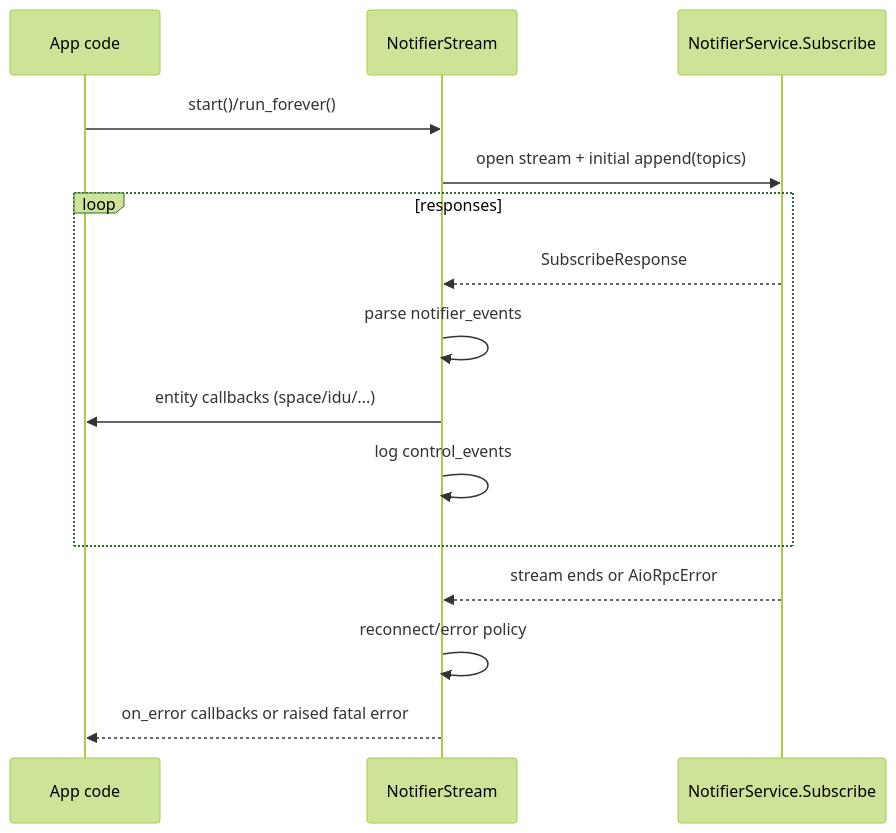
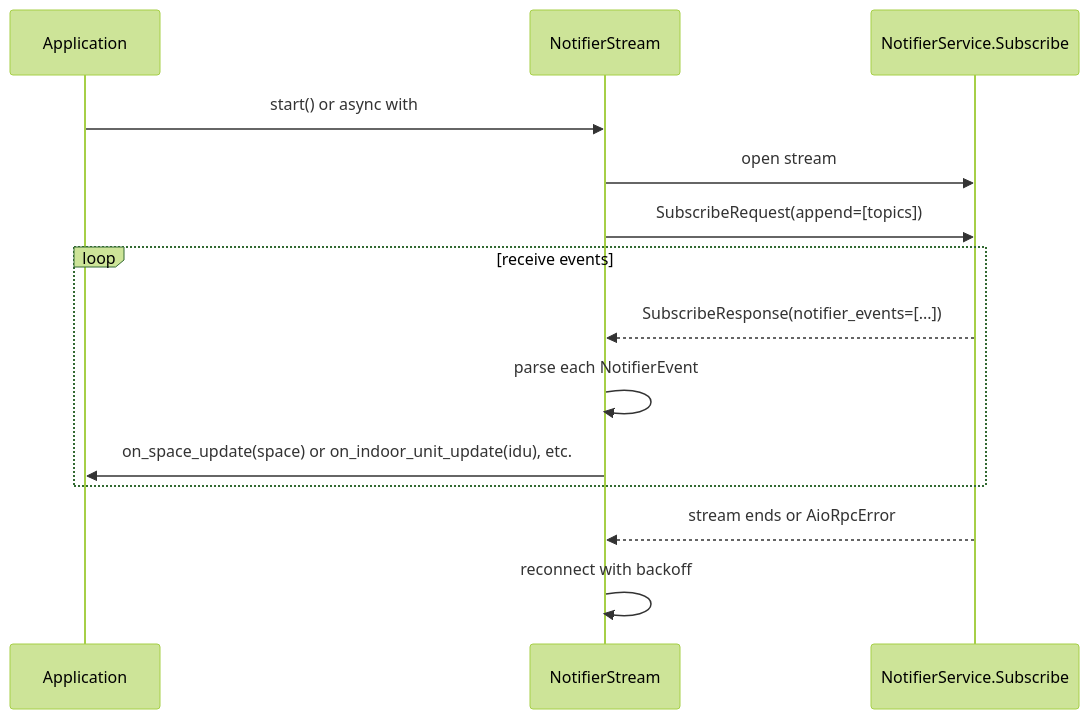
One commit to eman/quilt-hp-python changed the first of 2 diagrams in docs/protocol/streaming-protocol.md. Above: the diagram before and after it, drawn with Mermaid (forest theme). The commit also changed other lines of this file and 27 other files, not shown here.

````diff
--- a/docs/protocol/streaming-protocol.md
+++ b/docs/protocol/streaming-protocol.md
@@ -124,18 +44,17 @@
 ```mermaid
 sequenceDiagram
-    participant App as App code
+    participant App as Application
     participant NS as NotifierStream
     participant API as NotifierService.Subscribe
 
-    App->>NS: start()/run_forever()
-    NS->>API: open stream + initial append(topics)
-    loop responses
-      API-->>NS: SubscribeResponse
-      NS->>NS: parse notifier_events
-      NS->>App: entity callbacks (space/idu/...)
-      NS->>NS: log control_events
+    App->>NS: start() or async with
+    NS->>API: open stream
+    NS->>API: SubscribeRequest(append=[topics])
+    loop receive events
+        API-->>NS: SubscribeResponse(notifier_events=[...])
+        NS->>NS: parse each NotifierEvent
+        NS->>App: on_space_update(space) or on_indoor_unit_update(idu), etc.
     end
     API-->>NS: stream ends or AioRpcError
-    NS->>NS: reconnect/error policy
-    NS-->>App: on_error callbacks or raised fatal error
+    NS->>NS: reconnect with backoff
 ```
````
